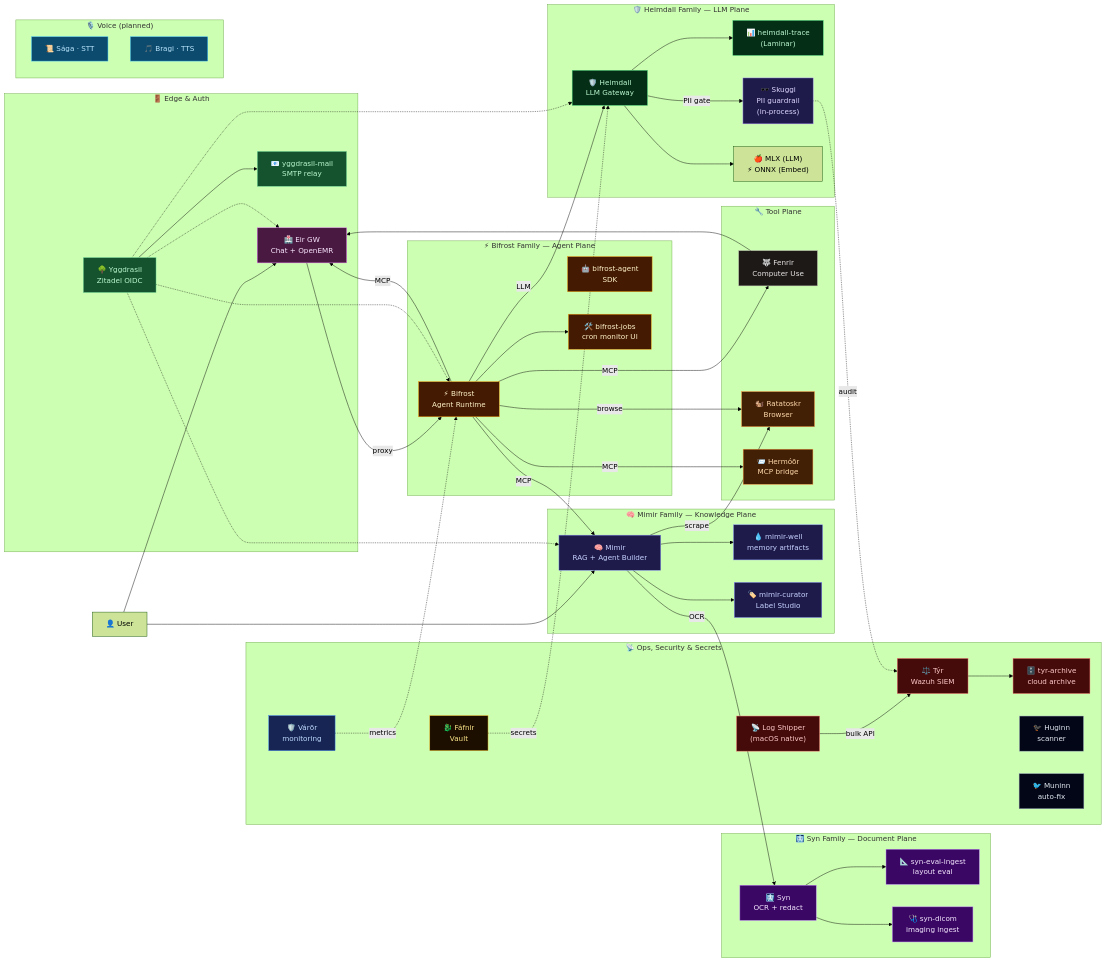
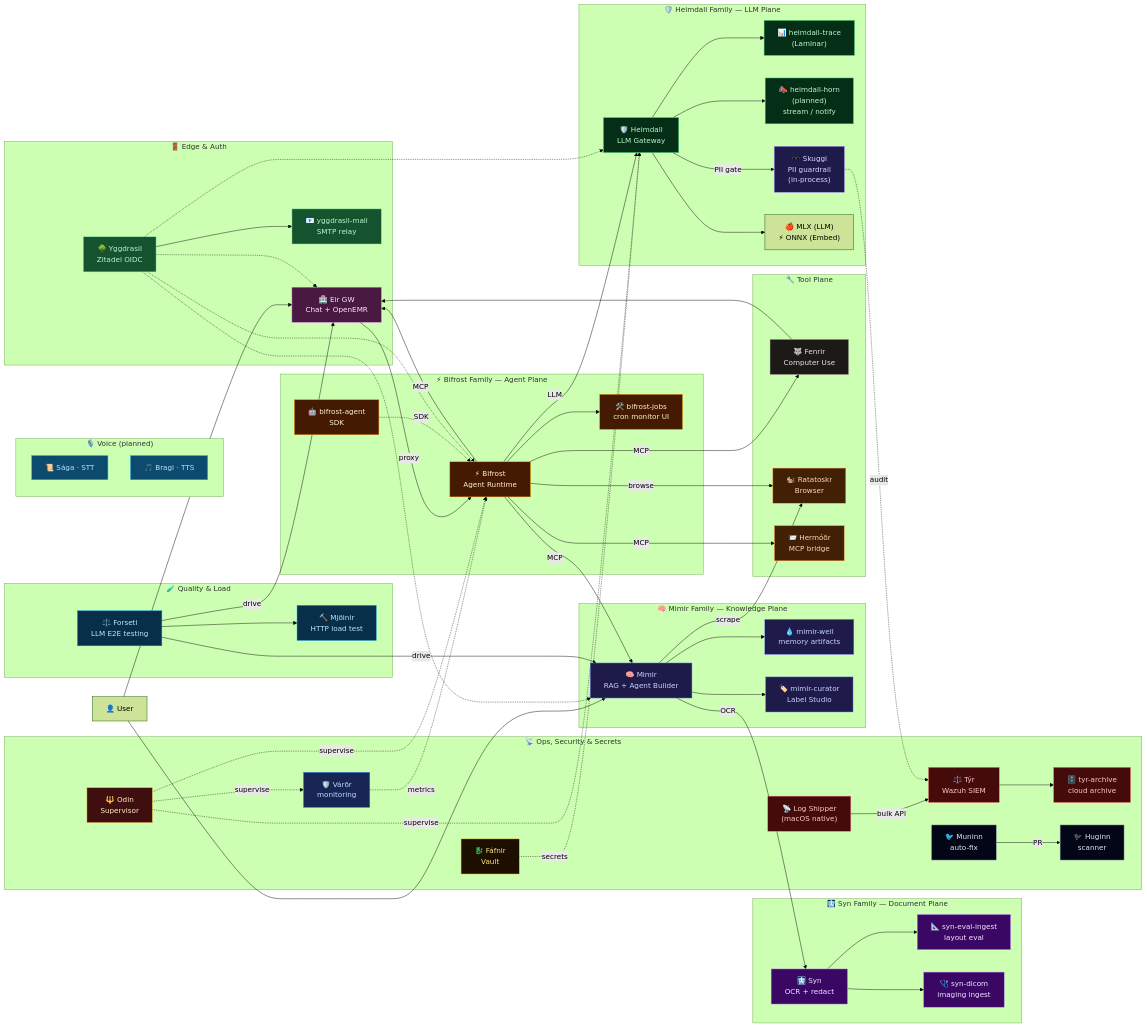
One commit to MegaWiz-Dev-Team/Asgard changed the diagram in README.md. Above: the diagram before and after it, drawn with Mermaid (forest theme). The commit also changed other lines of this file, not shown here.

Commit message:
docs(readme): fill in missing nodes — Odin/Forseti/Mjölnir/heimdall-horn + Fáfnir
Diagram:
- Add Odin (Supervisor) to Ops subgraph with dashed supervise edges to
  Várðr/Bifrost/Heimdall
- New Quality & Load subgraph for Forseti (LLM E2E) + Mjölnir (HTTP load),
  Forseti drives EirGW/Mimir and is linked to Mjölnir
- Add heimdall-horn (planned) to Heimdall family
- Wire bifrost-agent --SDK--> Bifrost so it is no longer orphan
- Muninn -> Huginn auto-fix PR loop

Norse Naming table:
- Add Fáfnir row (was in Components but missing from naming table)

```diff
--- a/README.md
+++ b/README.md
@@ -34,6 +34,7 @@
     subgraph HeimdallFam["🛡️ Heimdall Family — LLM Plane"]
         Heimdall["🛡️ Heimdall<br/>LLM Gateway"]
         HTrace["📊 heimdall-trace<br/>(Laminar)"]
+        HHorn["📣 heimdall-horn<br/>(planned)<br/>stream / notify"]
         Skuggi["🕶️ Skuggi<br/>PII guardrail<br/>(in-process)"]
         LLM["🍎 MLX (LLM)<br/>⚡ ONNX (Embed)"]
     end
@@ -67,7 +68,13 @@
         Bragi["🎵 Bragi · TTS"]
     end
 
+    subgraph Quality["🧪 Quality & Load"]
+        Forseti["⚖️ Forseti<br/>LLM E2E testing"]
+        Mjolnir["🔨 Mjölnir<br/>HTTP load test"]
+    end
+
     subgraph Ops["📡 Ops, Security & Secrets"]
+        Odin["🔱 Odin<br/>Supervisor"]
         Vardr["🛡️ Várðr<br/>monitoring"]
         Tyr["⚖️ Týr<br/>Wazuh SIEM"]
         TArchive["🗄️ tyr-archive<br/>cloud archive"]
@@ -91,7 +98,9 @@
 
     Heimdall --> |"PII gate"| Skuggi
     Heimdall --> HTrace
+    Heimdall --> HHorn
     Heimdall --> LLM
+    BAgent -.-> |"SDK"| Bifrost
     Mimir --> MWell
     Mimir --> MCurator
     Syn --> SEval
@@ -110,9 +119,17 @@
     LogShipper --> |"bulk API"| Tyr
     Skuggi -.-> |"audit"| Tyr
     Tyr --> TArchive
+    Odin -.-> |"supervise"| Vardr
+    Odin -.-> |"supervise"| Bifrost
+    Odin -.-> |"supervise"| Heimdall
+    Muninn --> |"PR"| Huginn
+    Forseti --> |"drive"| EirGW
+    Forseti --> |"drive"| Mimir
+    Forseti --> Mjolnir
 
     style Heimdall fill:#052e16,stroke:#4ade80,color:#bbf7d0
     style HTrace fill:#052e16,stroke:#4ade80,color:#bbf7d0
+    style HHorn fill:#052e16,stroke:#4ade80,color:#bbf7d0
     style Skuggi fill:#1e1b4b,stroke:#a78bfa,color:#ddd6fe
     style Bifrost fill:#451a03,stroke:#f59e0b,color:#fef3c7
     style BAgent fill:#451a03,stroke:#f59e0b,color:#fef3c7
@@ -131,6 +148,9 @@
     style Hermodr fill:#422006,stroke:#fb923c,color:#fed7aa
     style Saga fill:#0c4a6e,stroke:#38bdf8,color:#bae6fd
     style Bragi fill:#0c4a6e,stroke:#38bdf8,color:#bae6fd
+    style Odin fill:#3f0f0f,stroke:#fcd34d,color:#fef3c7
+    style Forseti fill:#082f49,stroke:#0ea5e9,color:#bae6fd
+    style Mjolnir fill:#082f49,stroke:#0ea5e9,color:#bae6fd
     style Vardr fill:#172554,stroke:#3b82f6,color:#bfdbfe
     style Tyr fill:#450a0a,stroke:#f87171,color:#fecaca
     style TArchive fill:#450a0a,stroke:#f87171,color:#fecaca
```
